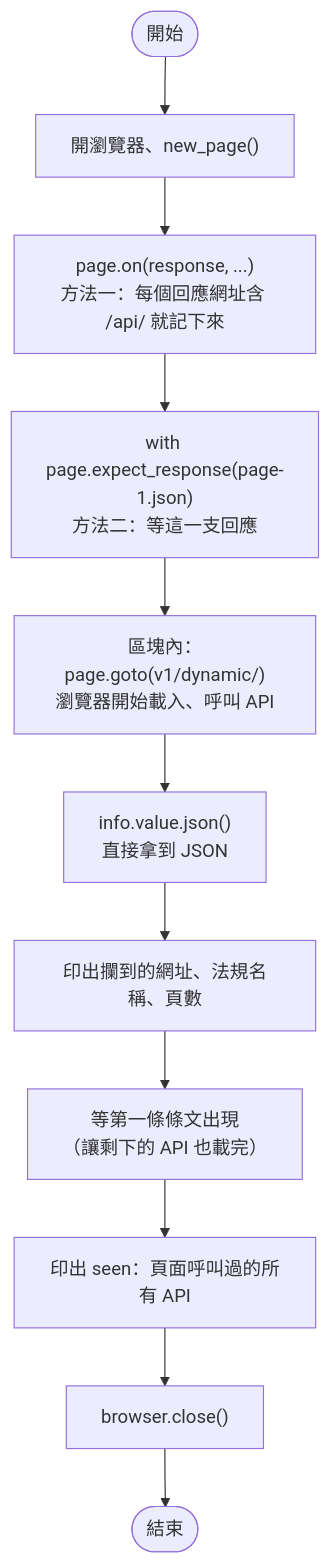
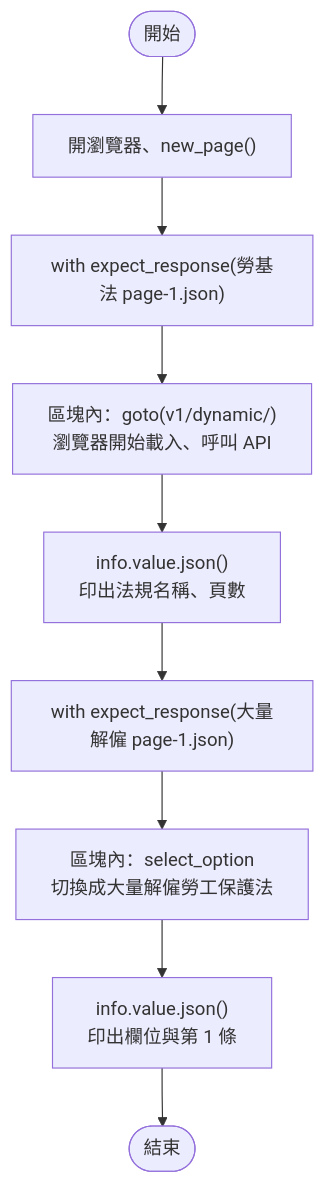
Before and after one commit to 4-learn/python-web-crawler-demo: the first of 2 diagrams in docs/09.md, drawn with Mermaid. The commit also changed other lines of this file and 3 other files, not shown here.

````diff
--- a/docs/09.md
+++ b/docs/09.md
@@ -134,14 +178,11 @@
 ```mermaid
-%%{init: {"flowchart": {"htmlLabels": false}}}%%
 flowchart TD
     A([開始]) --> B["開瀏覽器、new_page()"]
-    B --> C["page.on(response, ...)<br/>方法一：每個回應網址含 /api/ 就記下來"]
-    C --> D["with page.expect_response(page-1.json)<br/>方法二：等這一支回應"]
-    D --> E["區塊內：page.goto(v1/dynamic/)<br/>瀏覽器開始載入、呼叫 API"]
-    E --> F["info.value.json()<br/>直接拿到 JSON"]
-    F --> G["印出攔到的網址、法規名稱、頁數"]
-    G --> H["等第一條條文出現<br/>（讓剩下的 API 也載完）"]
-    H --> I["印出 seen：頁面呼叫過的所有 API"]
-    I --> J["browser.close()"]
-    J --> K([結束])
+    B --> C["with expect_response(勞基法 page-1.json)"]
+    C --> D["區塊內：goto(v1/dynamic/)<br/>瀏覽器開始載入、呼叫 API"]
+    D --> E["info.value.json()<br/>印出法規名稱、頁數"]
+    E --> F["with expect_response(大量解僱 page-1.json)"]
+    F --> G["區塊內：select_option<br/>切換成大量解僱勞工保護法"]
+    G --> H["info.value.json()<br/>印出欄位與第 1 條"]
+    H --> I([結束])
 ```
````
